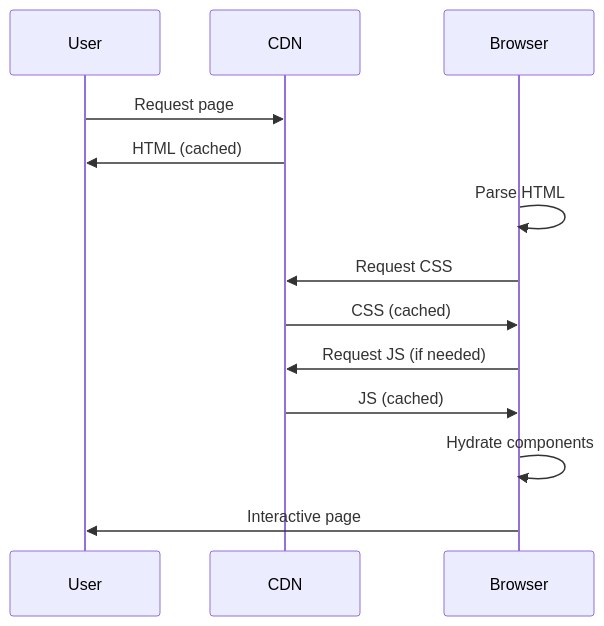
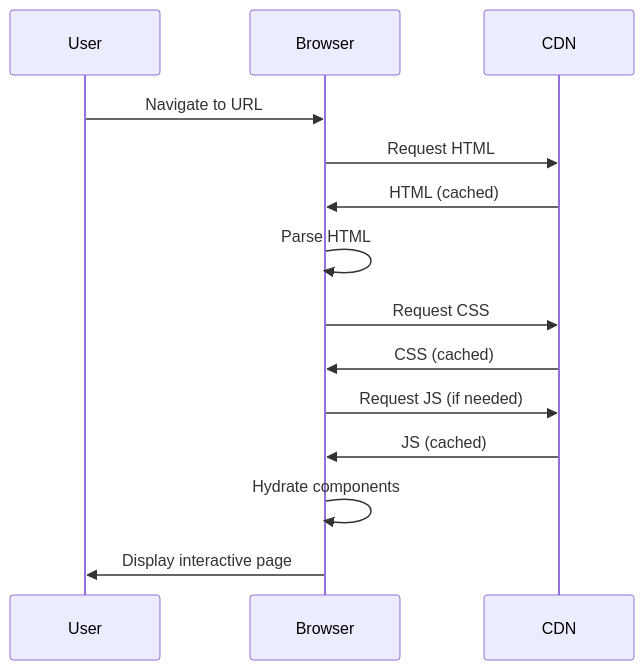
One commit to chrislyons-dev/home changed the third of 6 diagrams in docs/architecture/overview.md. Above: the diagram before and after it, drawn with Mermaid. The commit also changed other lines of this file and 7 other files, not shown here.

Commit message:
feat: add continuous delivery flow on code change and successful ci process

````diff
--- a/docs/architecture/overview.md
+++ b/docs/architecture/overview.md
@@ -108,16 +111,17 @@
 ```mermaid
 sequenceDiagram
     participant User
+    participant Browser
     participant CDN
-    participant Browser
 
-    User->>CDN: Request page
-    CDN->>User: HTML (cached)
+    User->>Browser: Navigate to URL
+    Browser->>CDN: Request HTML
+    CDN->>Browser: HTML (cached)
     Browser->>Browser: Parse HTML
     Browser->>CDN: Request CSS
     CDN->>Browser: CSS (cached)
     Browser->>CDN: Request JS (if needed)
     CDN->>Browser: JS (cached)
     Browser->>Browser: Hydrate components
-    Browser->>User: Interactive page
+    Browser->>User: Display interactive page
 ```
````
